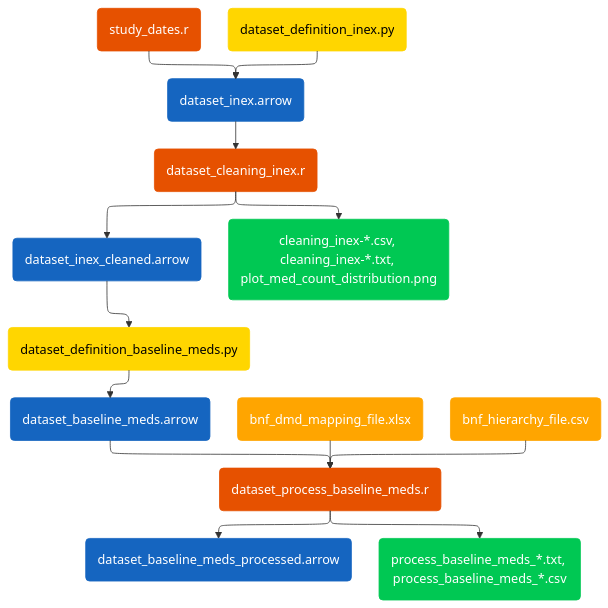
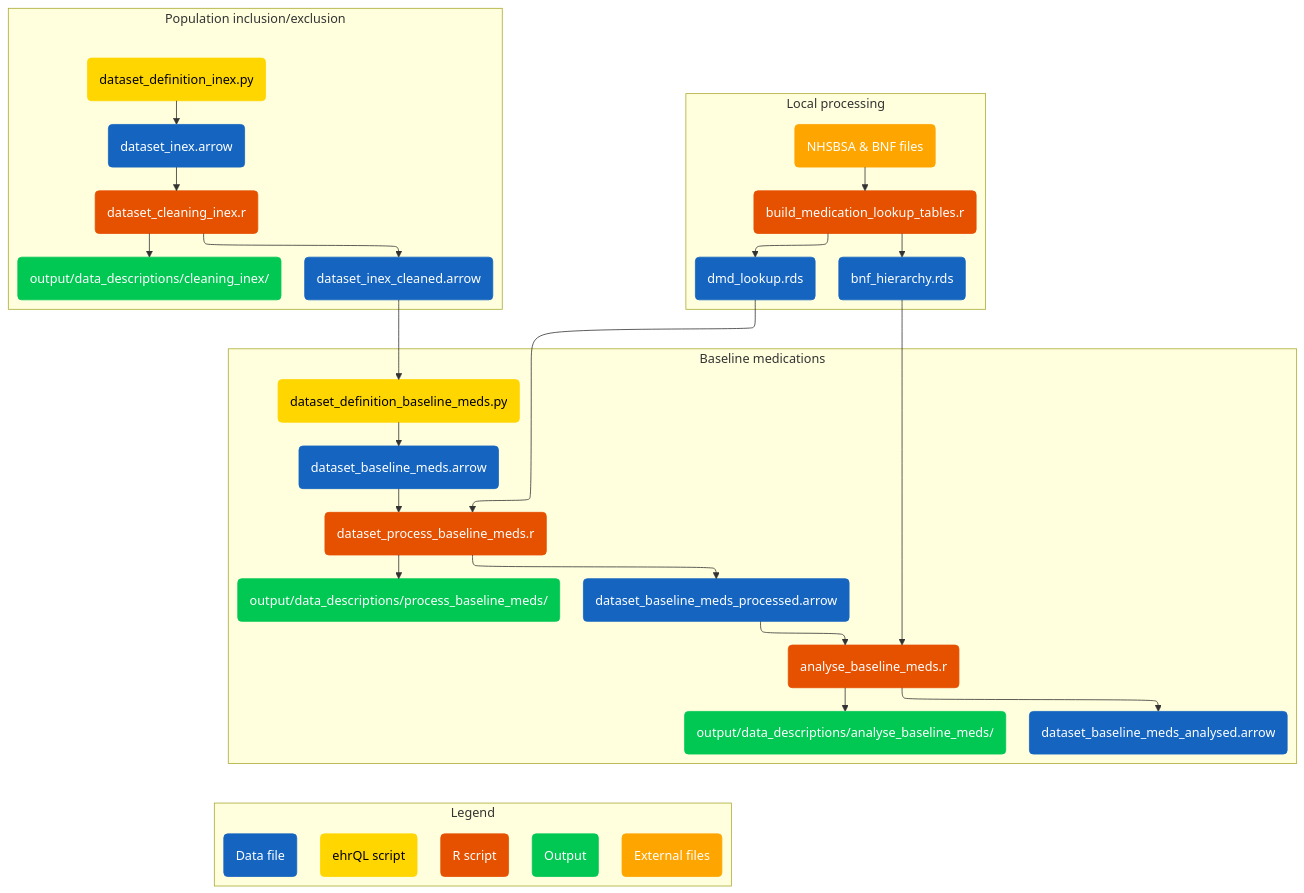
Before and after one commit to matt-letts/ckd-deprescribing: the diagram in docs/pipeline_diagram.mmd, drawn with Mermaid. The commit also changed 3 other files, not shown here.

Commit message:
README and pipeline_diagram updated

```diff
--- a/docs/pipeline_diagram.mmd
+++ b/docs/pipeline_diagram.mmd
@@ -1,46 +1,73 @@
 ---
 config:
   layout: elk
   elk:
     mergeEdges: true
     nodePlacementStrategy: LINEAR_SEGMENTS
 ---
 flowchart TD
-    %% define nodes
-    a1("study_dates.r"):::R
-    a2("dataset_definition_inex.py"):::ehrql
-    %% p1("openSAFELY-TPP backend"):::openSAFELY
-    d1("dataset_inex.arrow"):::data
-    a3("dataset_cleaning_inex.r"):::R
-    d2("dataset_inex_cleaned.arrow"):::data
-    o1("cleaning_inex-*.csv, cleaning_inex-*.txt, plot_med_count_distribution.png"):::output
-    a4("dataset_definition_baseline_meds.py"):::ehrql
-    %% p2("openSAFELY-TPP backend"):::openSAFELY
-    d3("dataset_baseline_meds.arrow"):::data
-    a5("dataset_process_baseline_meds.r"):::R
-    e3("bnf_dmd_mapping_file.xlsx"):::external
-    e4("bnf_hierarchy_file.csv"):::external
-    d4("dataset_baseline_meds_processed.arrow"):::data
-    o2("process_baseline_meds_*.txt, process_baseline_meds_*.csv"):::output
 
-    %% a = analysis, d = data, o = output, p = patients, e = external file
-    %% connect nodes
+    %% Local processing 
+    %% Runs once outside the OpenSAFELY pipeline to build medication lookups
+    subgraph LP["Local processing"]
+        e_1("NHSBSA & BNF files"):::external
+        r_lp1("build_medication_lookup_tables.r"):::R
+        d_lp1("dmd_lookup.rds"):::data
+        d_lp2("bnf_hierarchy.rds"):::data
+        e_1 --> r_lp1
+        r_lp1 --> d_lp1 & d_lp2
+    end
+
+    %% Population inclusion/exclusion
+    subgraph INEX["Population inclusion/exclusion"]
+        p_inex_def("dataset_definition_inex.py"):::ehrql
+        d_inex("dataset_inex.arrow"):::data
+        r_inex_clean("dataset_cleaning_inex.r"):::R
+        d_inex_clean("dataset_inex_cleaned.arrow"):::data
+        o_inex("output/data_descriptions/cleaning_inex/"):::output
+        p_inex_def --> d_inex --> r_inex_clean
+        r_inex_clean --> d_inex_clean & o_inex
+    end
+
+    %% Baseline medications
+    subgraph BM["Baseline medications"]
+        p_bm_def("dataset_definition_baseline_meds.py"):::ehrql
+        d_bm("dataset_baseline_meds.arrow"):::data
+        r_bm_proc("dataset_process_baseline_meds.r"):::R
+        d_bm_proc("dataset_baseline_meds_processed.arrow"):::data
+        o_bm_proc("output/data_descriptions/process_baseline_meds/"):::output
+        r_bm_an("analyse_baseline_meds.r"):::R
+        d_bm_an("dataset_baseline_meds_analysed.arrow"):::data
+        o_bm_an("output/data_descriptions/analyse_baseline_meds/"):::output
+        p_bm_def --> d_bm --> r_bm_proc
+        r_bm_proc --> d_bm_proc & o_bm_proc
+        d_bm_proc --> r_bm_an
+        r_bm_an --> d_bm_an & o_bm_an
+    end
+
+    %% Cross-subgraph connections 
+    d_inex_clean --> p_bm_def
+    d_lp1 --> r_bm_proc
+    d_lp2 --> r_bm_an
+
+    %% Legend 
+    subgraph KEY["Legend"]
+        direction LR
+        k_e("External files"):::external
+        k_p("ehrQL script"):::ehrql
+        k_r("R script"):::R
+        k_d("Data file"):::data
+        k_o("Output"):::output
+    end
     
-    %% p1 & 
-    a1 & a2 --> d1
-    d1 --> a3 --> o1 & d2
-    %% p2 &
-    d2 --> a4 --> d3 
-    d3 & e3 & e4 --> a5
-    a5 --> d4 & o2
+    %% invisible link anchors legend underneath the baseline medications subgraph
+    d_bm_proc ~~~ k_e
 
-    %% colour scheme
-    %% classDef openSAFELY color:#FFFFFF, fill:#212121, stroke:#212121
+    %% Colour scheme
     classDef ehrql color:#000000, fill:#FFD600, stroke:#FFD600
     classDef R color:#FFFFFF, fill:#E65100, stroke:#E65100
     classDef data color:#FFFFFF, fill:#1565C0, stroke:#1565C0
     classDef output color:#FFFFFF, fill:#00C853, stroke:#00C853
     classDef external color:#FFFFFF, fill:#FFA500, stroke:#FFA500
 
-%% to render this type into powershell terminal
-%% mmdc -i docs/pipeline_diagram.mmd -o docs/pipeline_diagram.svg
+%% to render: mmdc -i docs/pipeline_diagram.mmd -o docs/pipeline_diagram.svg
```
